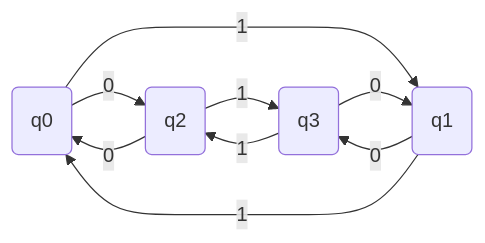
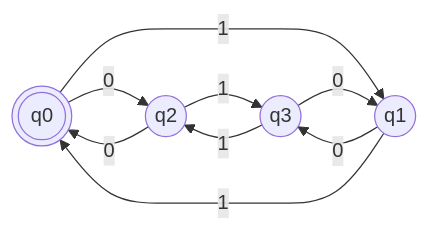
One commit to cijjas/ObsNotas changed the first of 2 diagrams in TLA/Guías/Guía 3 - Lenguajes Regulares, Autómatas Finitos.md. Above: the diagram before and after it, drawn with Mermaid. The commit also changed other lines of this file and 2 other files, not shown here.

````diff
--- a/TLA/Guías/Guía 3 - Lenguajes Regulares, Autómatas Finitos.md
+++ b/TLA/Guías/Guía 3 - Lenguajes Regulares, Autómatas Finitos.md
@@ -8,11 +8,11 @@
 ```mermaid
 flowchart LR;
-A(((q0)))-->|0|B(q2)
-A(q0)-->|1|C(q1)
-C(q1)-->|0|D(q3)
-C(q1)-->|1|A(q0)
-B(q2)-->|0|A(q0)
-B(q2)-->|1|D(q3)
-D(q3)-->|0|C(q1)
-D(q3)-->|1|B(q2)
+A(((q0)))-->|0|B
+A-->|1|C
+C((q1))-->|0|D
+C-->|1|A
+B((q2))-->|0|A
+B-->|1|D
+D((q3))-->|0|C
+D-->|1|B
 ```
````
